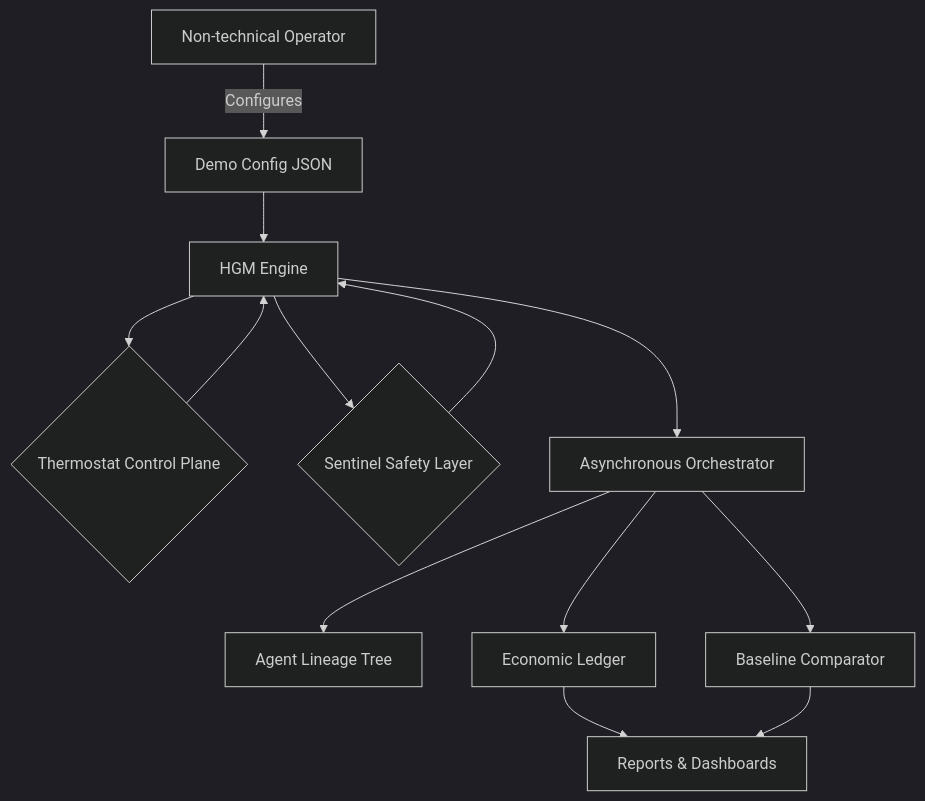
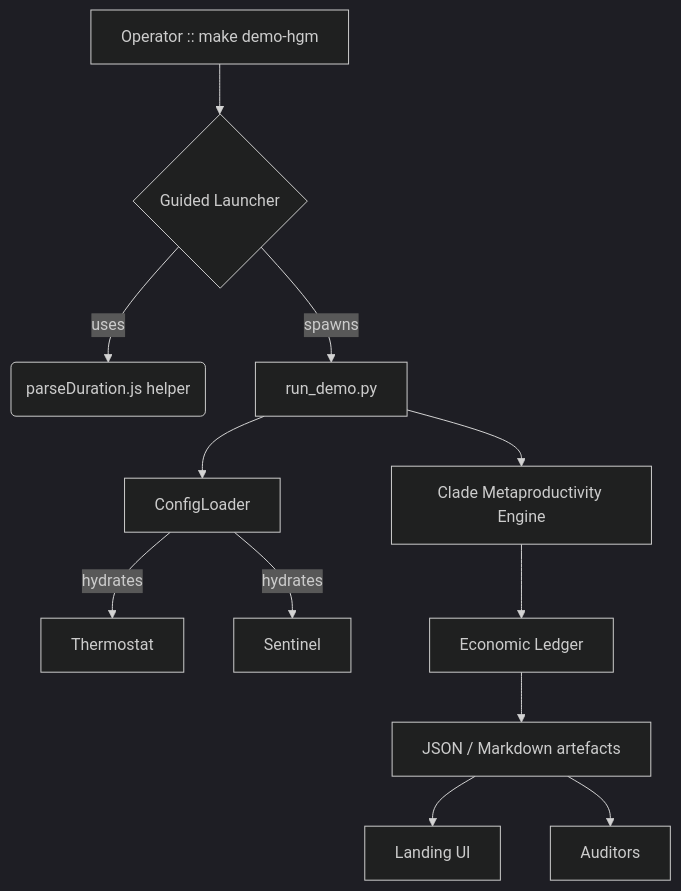
Before and after one commit to MontrealAI/AGIJobsv0: the first of 2 diagrams in demo/Huxley-Godel-Machine-v0/README.md, drawn with Mermaid (dark theme). The commit also changed other lines of this file and 6 other files, not shown here.

Commit message:
Add guided launcher and UI for Huxley-Godel demo

````diff
--- a/demo/Huxley-Godel-Machine-v0/README.md
+++ b/demo/Huxley-Godel-Machine-v0/README.md
@@ -55,15 +83,14 @@
 ```mermaid
 graph TD
-    A[Non-technical Operator] -->|Configures| B[Demo Config JSON]
-    B --> C[HGM Engine]
-    C --> D{Thermostat Control Plane}
-    C --> E{Sentinel Safety Layer}
-    D --> C
-    E --> C
-    C --> F[Asynchronous Orchestrator]
-    F --> G[Agent Lineage Tree]
-    F --> H[Economic Ledger]
-    H --> I[Reports & Dashboards]
-    F --> J[Baseline Comparator]
-    J --> I
+  Operator[Operator :: make demo-hgm] --> Launcher{Guided Launcher}
+  Launcher -->|uses| Scripts(parseDuration.js helper)
+  Launcher -->|spawns| DemoCLI[run_demo.py]
+  DemoCLI --> ConfigLoader
+  ConfigLoader -->|hydrates| Thermostat
+  ConfigLoader -->|hydrates| Sentinel
+  DemoCLI --> CMP[Clade Metaproductivity Engine]
+  CMP --> Ledger[Economic Ledger]
+  Ledger --> Reports[JSON / Markdown artefacts]
+  Reports --> UI[Landing UI]
+  Reports --> Auditors
 ```
````
